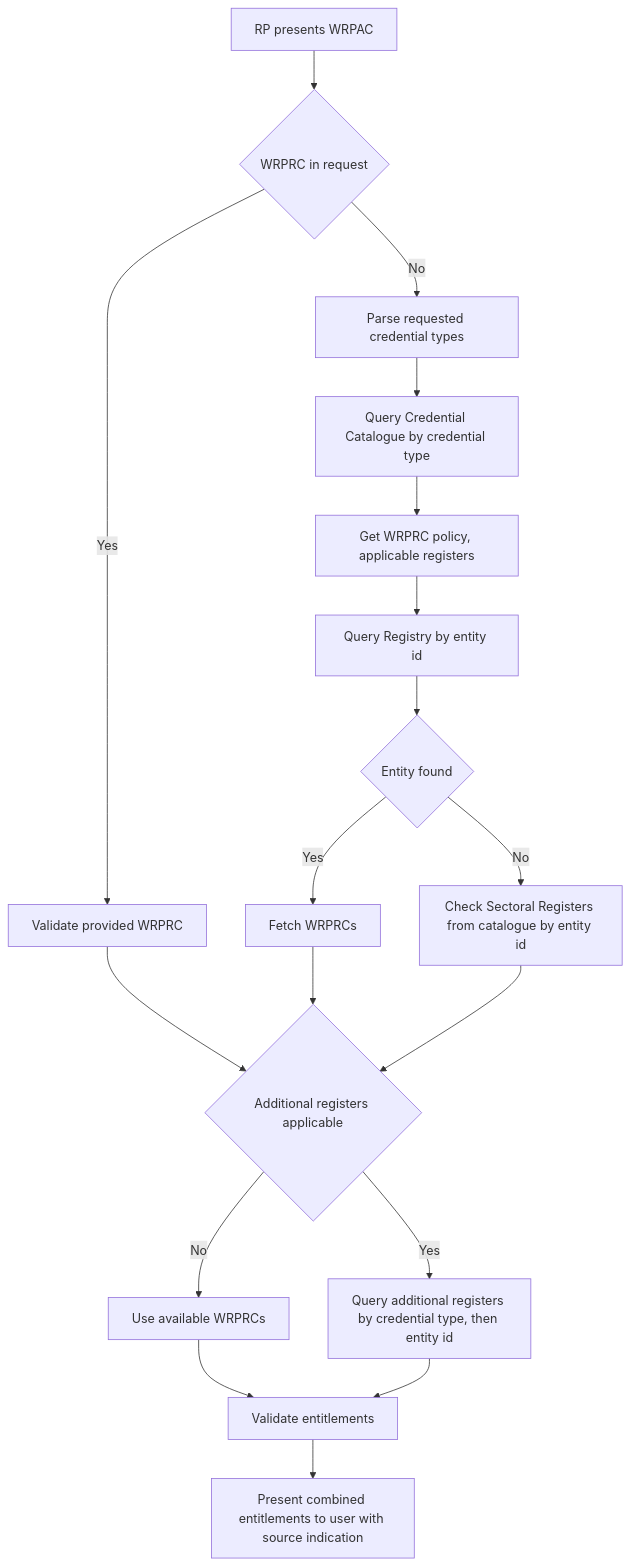
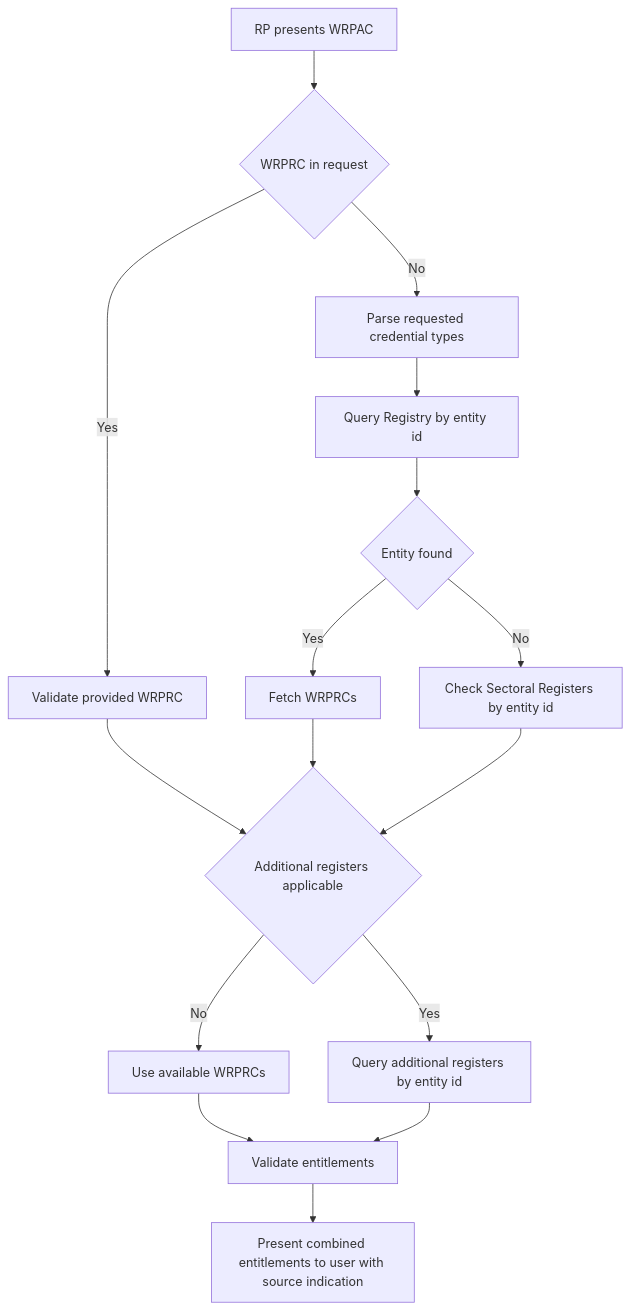
Before and after one commit to webuild-consortium/wp4-trust-group: the seventh of 9 diagrams in task2-trust-framework/eudi-wallet-trust-and-entitlement-discovery.md, drawn with Mermaid. The commit also changed other lines of this file, not shown here.

Commit message:
fix: removed Query by **credential type** to obtain WRPRC policy

````diff
--- a/task2-trust-framework/eudi-wallet-trust-and-entitlement-discovery.md
+++ b/task2-trust-framework/eudi-wallet-trust-and-entitlement-discovery.md
@@ -367,24 +358,21 @@
 ```mermaid
 flowchart TD
     A[RP presents WRPAC] --> B{WRPRC in request}
     B -->|Yes| C[Validate provided WRPRC]
     B -->|No| D[Parse requested credential types]
-    D --> E[Query Credential Catalogue by credential type]
-    E --> F[Get WRPRC policy, applicable registers]
-    F --> G[Query Registry by entity id]
-    
-    G --> H{Entity found}
+    D --> E[Query Registry by entity id]
+    E --> H{Entity found}
     H -->|Yes| I[Fetch WRPRCs]
-    H -->|No| J[Check Sectoral Registers from catalogue by entity id]
+    H -->|No| J[Check Sectoral Registers by entity id]
     
     C --> K{Additional registers applicable}
     I --> K
     J --> K
     
-    K -->|Yes| L[Query additional registers by credential type, then entity id]
+    K -->|Yes| L[Query additional registers by entity id]
     K -->|No| M[Use available WRPRCs]
     M --> N[Validate entitlements]
     L --> N
     
     N --> O[Present combined entitlements to user with source indication]
 ```
````
